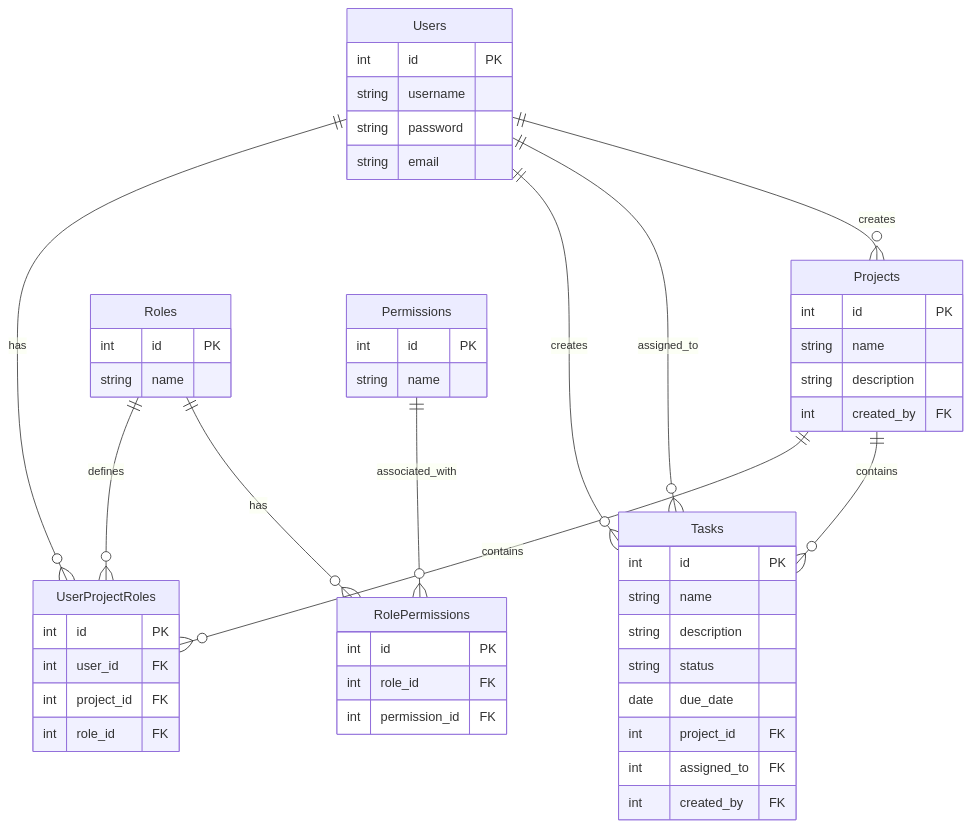
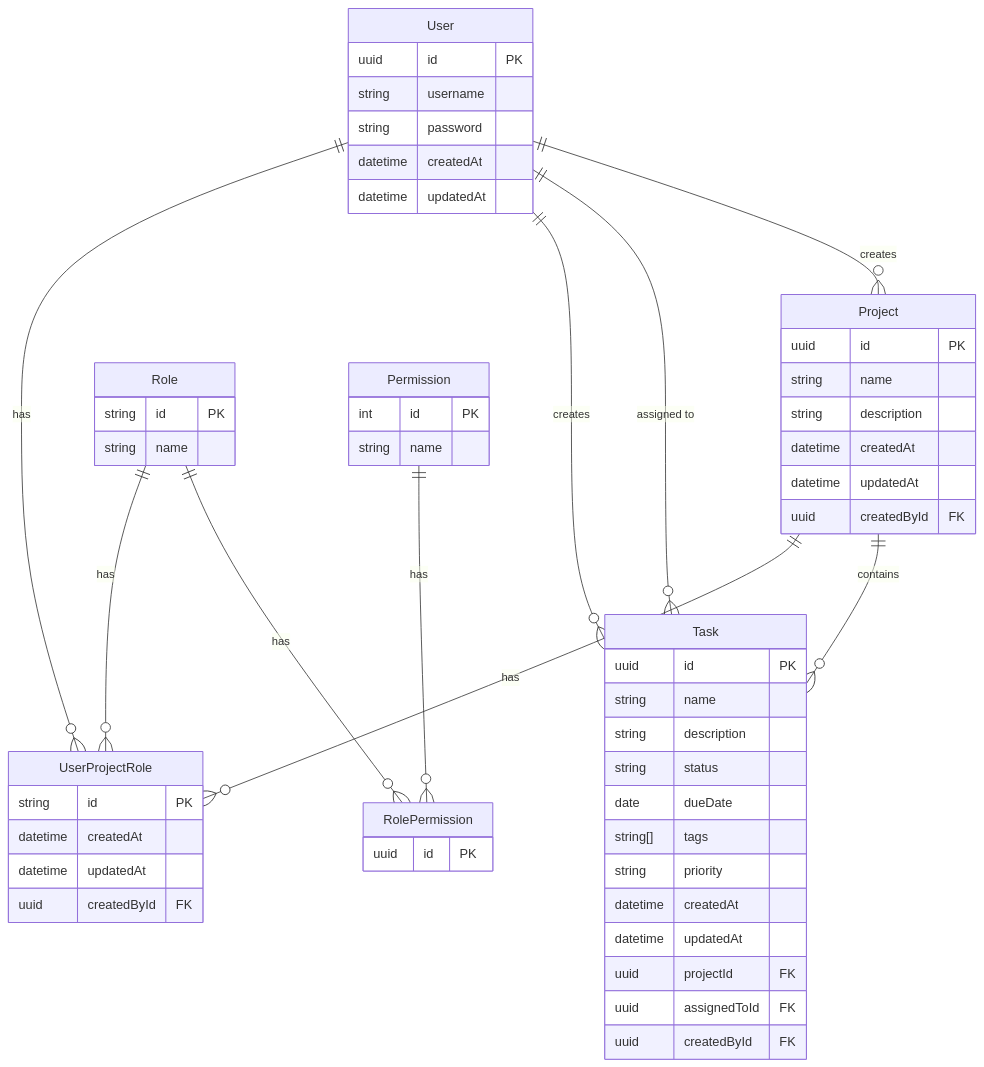
One commit to AaronLai/realtime-todo-fullstack changed the diagram in erdiagram.md. Above: the diagram before and after it, drawn with Mermaid. The commit also changed 6 other files, not shown here.

First line of the commit message:
Add architecture diagram and improve documentation

````diff
--- a/erdiagram.md
+++ b/erdiagram.md
@@ -1,63 +1,65 @@
 ```mermaid
+erDiagram
+    User ||--o{ UserProjectRole : has
+    User ||--o{ Task : creates
+    User ||--o{ Task : "assigned to"
+    User ||--o{ Project : creates
+    Project ||--o{ UserProjectRole : has
+    Project ||--o{ Task : contains
+    Role ||--o{ UserProjectRole : has
+    Role ||--o{ RolePermission : has
+    Permission ||--o{ RolePermission : has
 
-erDiagram
-    Users ||--o{ UserProjectRoles : has
-    Projects ||--o{ UserProjectRoles : contains
-    Roles ||--o{ UserProjectRoles : defines
-    Users ||--o{ Tasks : creates
-    Users ||--o{ Tasks : assigned_to
-    Users ||--o{ Projects : creates
-    Roles ||--o{ RolePermissions : has
-    Permissions ||--o{ RolePermissions : associated_with
-    Projects ||--o{ Tasks : contains
-
-    Users {
-        int id PK
+    User {
+        uuid id PK
         string username
         string password
-        string email
+        datetime createdAt
+        datetime updatedAt
     }
 
-    Projects {
-        int id PK
+    Project {
+        uuid id PK
         string name
         string description
-        int created_by FK
+        datetime createdAt
+        datetime updatedAt
+        uuid createdById FK
     }
 
-    Roles {
+    Task {
+        uuid id PK
+        string name
+        string description
+        string status
+        date dueDate
+        string[] tags
+        string priority
+        datetime createdAt
+        datetime updatedAt
+        uuid projectId FK
+        uuid assignedToId FK
+        uuid createdById FK
+    }
+
+    UserProjectRole {
+        string id PK
+        datetime createdAt
+        datetime updatedAt
+        uuid createdById FK
+    }
+
+    Role {
+        string id PK
+        string name
+    }
+
+    Permission {
         int id PK
         string name
     }
 
-    UserProjectRoles {
-        int id PK
-        int user_id FK
-        int project_id FK
-        int role_id FK
+    RolePermission {
+        uuid id PK
     }
-
-    Permissions {
-        int id PK
-        string name
-    }
-
-    RolePermissions {
-        int id PK
-        int role_id FK
-        int permission_id FK
-    }
-
-    Tasks {
-        int id PK
-        string name
-        string description
-        string status
-        date due_date
-        int project_id FK
-        int assigned_to FK
-        int created_by FK
-    }
-
-
 ```
````
